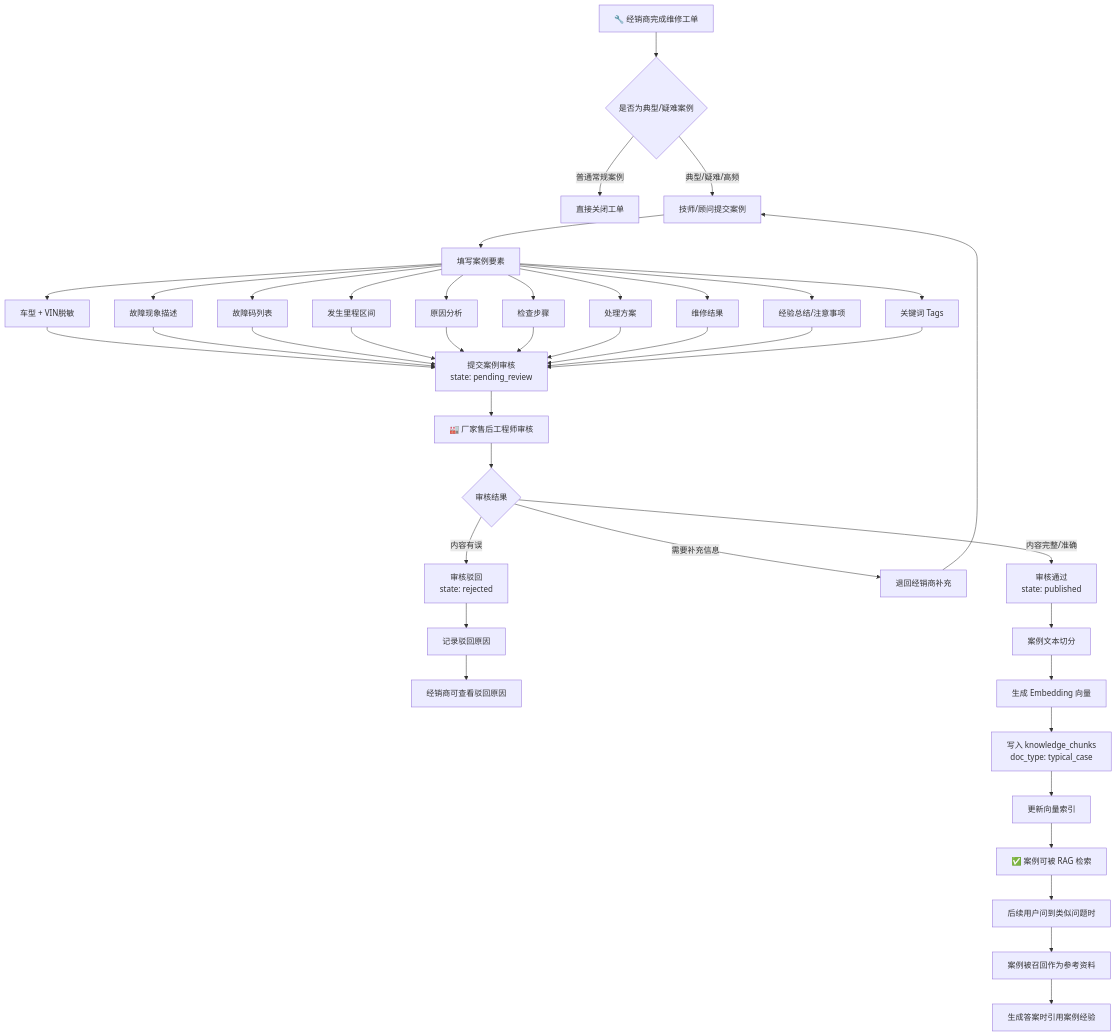
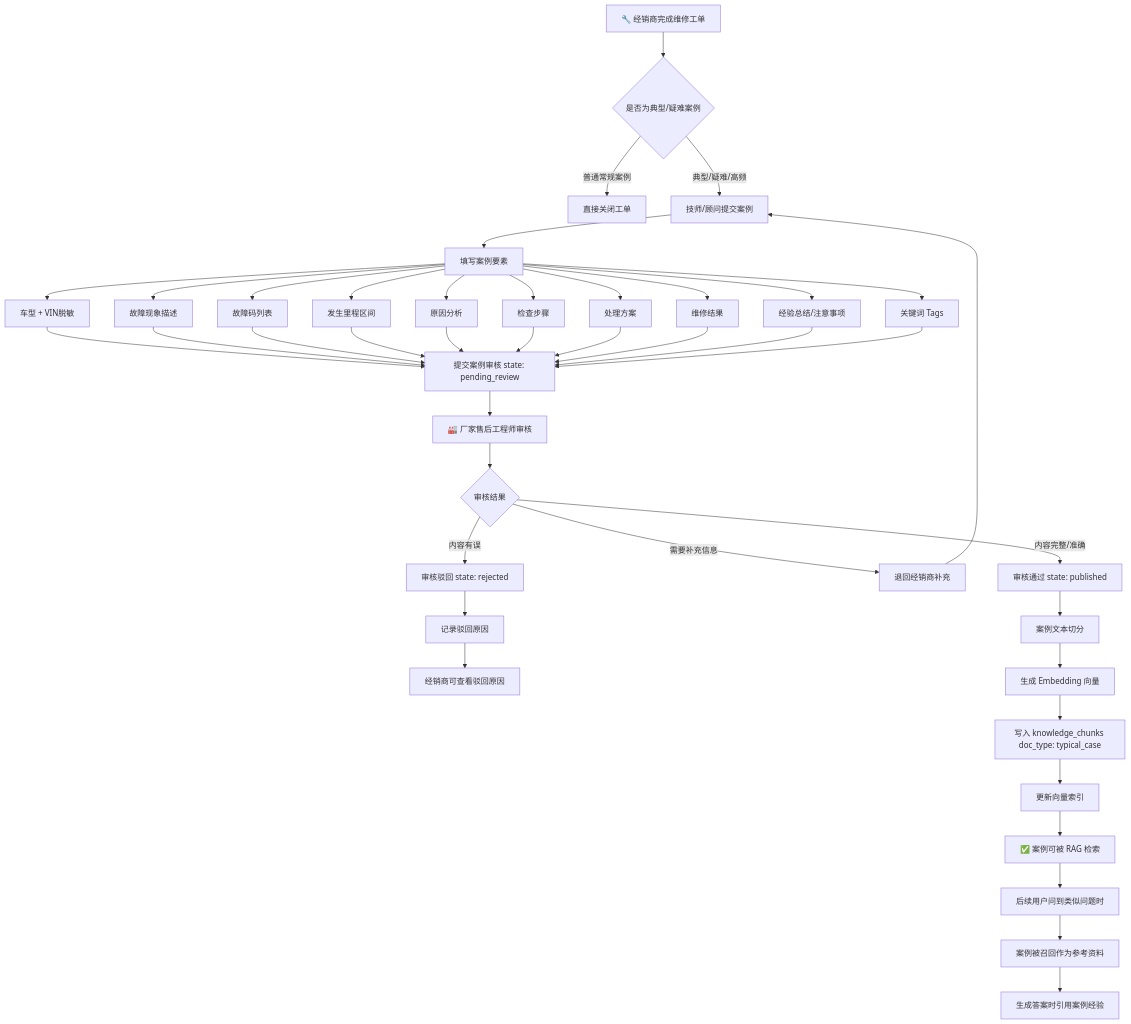
One commit to evanwusibin/auto-carcrm changed the diagram in flows/03_业务流程/09_案例沉淀流程.md. Above: the diagram before and after it, drawn with Mermaid. The commit also changed 13 other files, not shown here.

First line of the commit message:
feat: 五项优化 - 登录页轮播+排版/Mermaid修复/检索页流式开关/页面设计文档/DB更新v1.2

````diff
--- a/flows/03_业务流程/09_案例沉淀流程.md
+++ b/flows/03_业务流程/09_案例沉淀流程.md
@@ -11,51 +11,51 @@
 ```mermaid
 flowchart TD
     A[🔧 经销商完成维修工单] --> B{是否为典型/疑难案例}
 
     B -- 普通常规案例 --> C[直接关闭工单]
     B -- 典型/疑难/高频 --> D[技师/顾问提交案例]
 
     D --> E[填写案例要素]
     E --> E1[车型 + VIN脱敏]
     E --> E2[故障现象描述]
     E --> E3[故障码列表]
     E --> E4[发生里程区间]
     E --> E5[原因分析]
     E --> E6[检查步骤]
     E --> E7[处理方案]
     E --> E8[维修结果]
     E --> E9[经验总结/注意事项]
     E --> E10[关键词 Tags]
 
-    E1 --> F[提交案例审核<br/>state: pending_review]
+    E1 --> F[提交案例审核 state: pending_review]
     E2 --> F
     E3 --> F
     E4 --> F
     E5 --> F
     E6 --> F
     E7 --> F
     E8 --> F
     E9 --> F
     E10 --> F
 
     F --> G[🏭 厂家售后工程师审核]
     G --> H{审核结果}
 
-    H -- 内容完整/准确 --> I[审核通过<br/>state: published]
+    H -- 内容完整/准确 --> I[审核通过 state: published]
     H -- 需要补充信息 --> J[退回经销商补充]
-    H -- 内容有误 --> K[审核驳回<br/>state: rejected]
+    H -- 内容有误 --> K[审核驳回 state: rejected]
 
     J --> D
     K --> L[记录驳回原因]
     L --> M[经销商可查看驳回原因]
 
     I --> N[案例文本切分]
     N --> O[生成 Embedding 向量]
-    O --> P[写入 knowledge_chunks<br/>doc_type: typical_case]
+    O --> P[写入 knowledge_chunks doc_type: typical_case]
     P --> Q[更新向量索引]
     Q --> R[✅ 案例可被 RAG 检索]
 
     R --> S[后续用户问到类似问题时]
     S --> T[案例被召回作为参考资料]
     T --> U[生成答案时引用案例经验]
 ```
````
